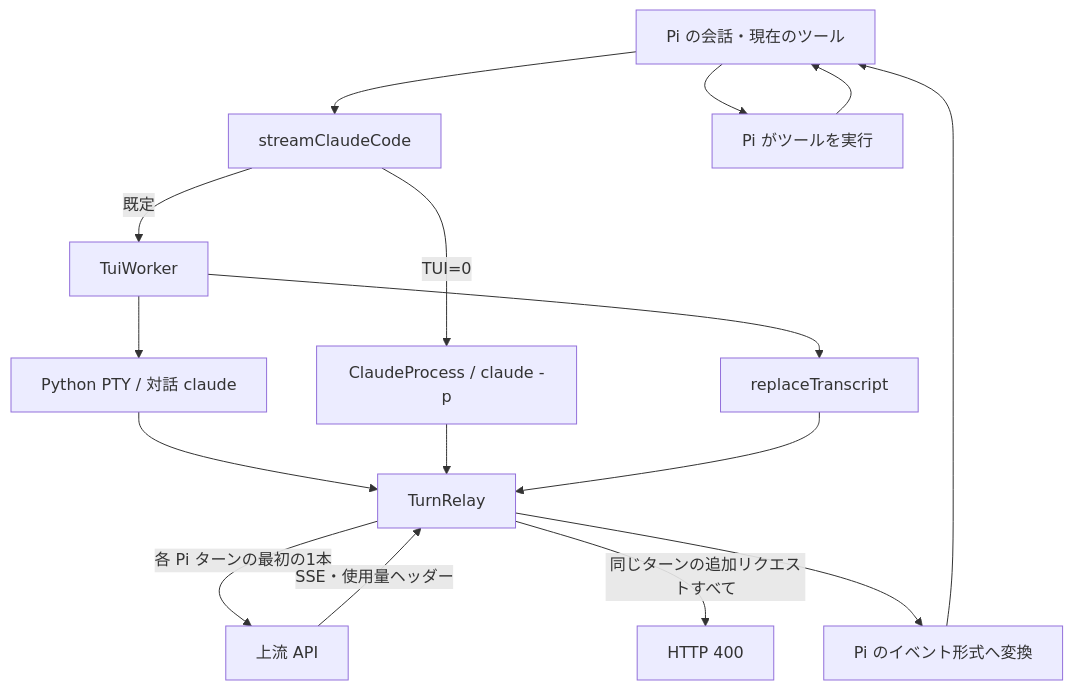
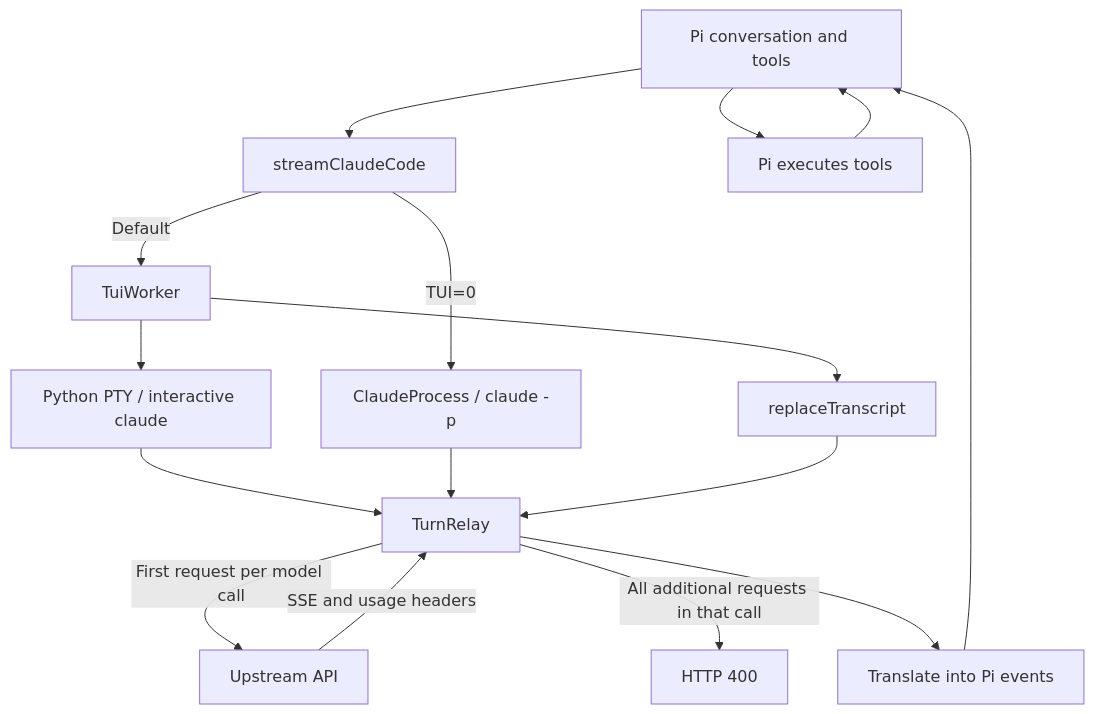
Before and after one commit to MINTY1st/pi-claude-code-tui: the first of 2 diagrams in ARCHITECTURE.md, drawn with Mermaid. The commit also changed other lines of this file and 7 other files, not shown here.

````diff
--- a/ARCHITECTURE.md
+++ b/ARCHITECTURE.md
@@ -7,18 +7,18 @@
 ```mermaid
 flowchart TD
-  P[Pi の会話・現在のツール] --> S[streamClaudeCode]
-  S -->|既定| T[TuiWorker]
+  P[Pi conversation and tools] --> S[streamClaudeCode]
+  S -->|Default| T[TuiWorker]
   S -->|TUI=0| C[ClaudeProcess / claude -p]
-  T --> Y[Python PTY / 対話 claude]
+  T --> Y[Python PTY / interactive claude]
   Y --> R[TurnRelay]
   C --> R
   T --> H[replaceTranscript]
   H --> R
-  R -->|各 Pi ターンの最初の1本| A[上流 API]
-  R -->|同じターンの追加リクエストすべて| E[HTTP 400]
-  A -->|SSE・使用量ヘッダー| R
-  R --> V[Pi のイベント形式へ変換]
+  R -->|First request per model call| A[Upstream API]
+  R -->|All additional requests in that call| E[HTTP 400]
+  A -->|SSE and usage headers| R
+  R --> V[Translate into Pi events]
   V --> P
-  P --> X[Pi がツールを実行]
+  P --> X[Pi executes tools]
   X --> P
 ```
````
